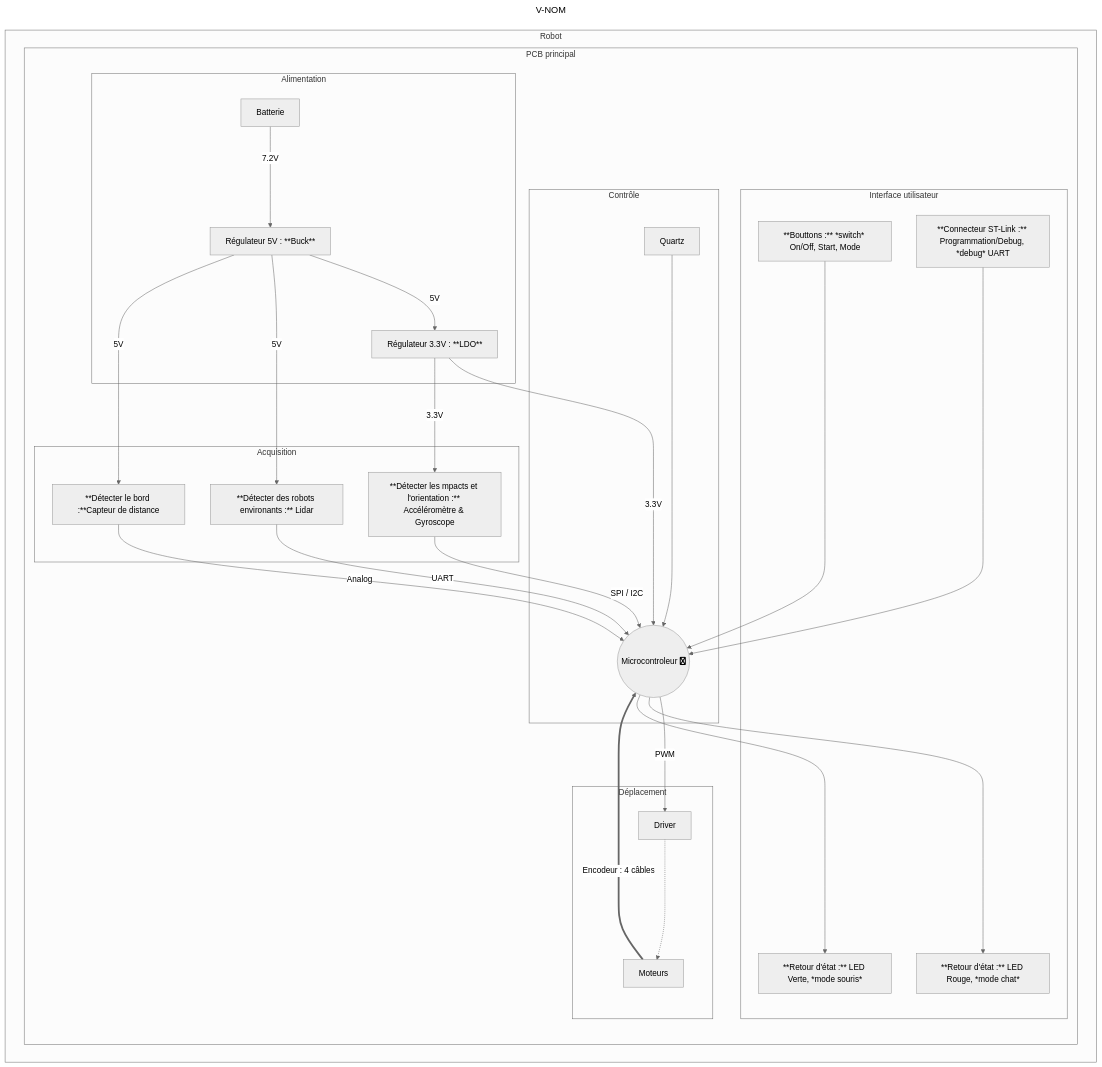
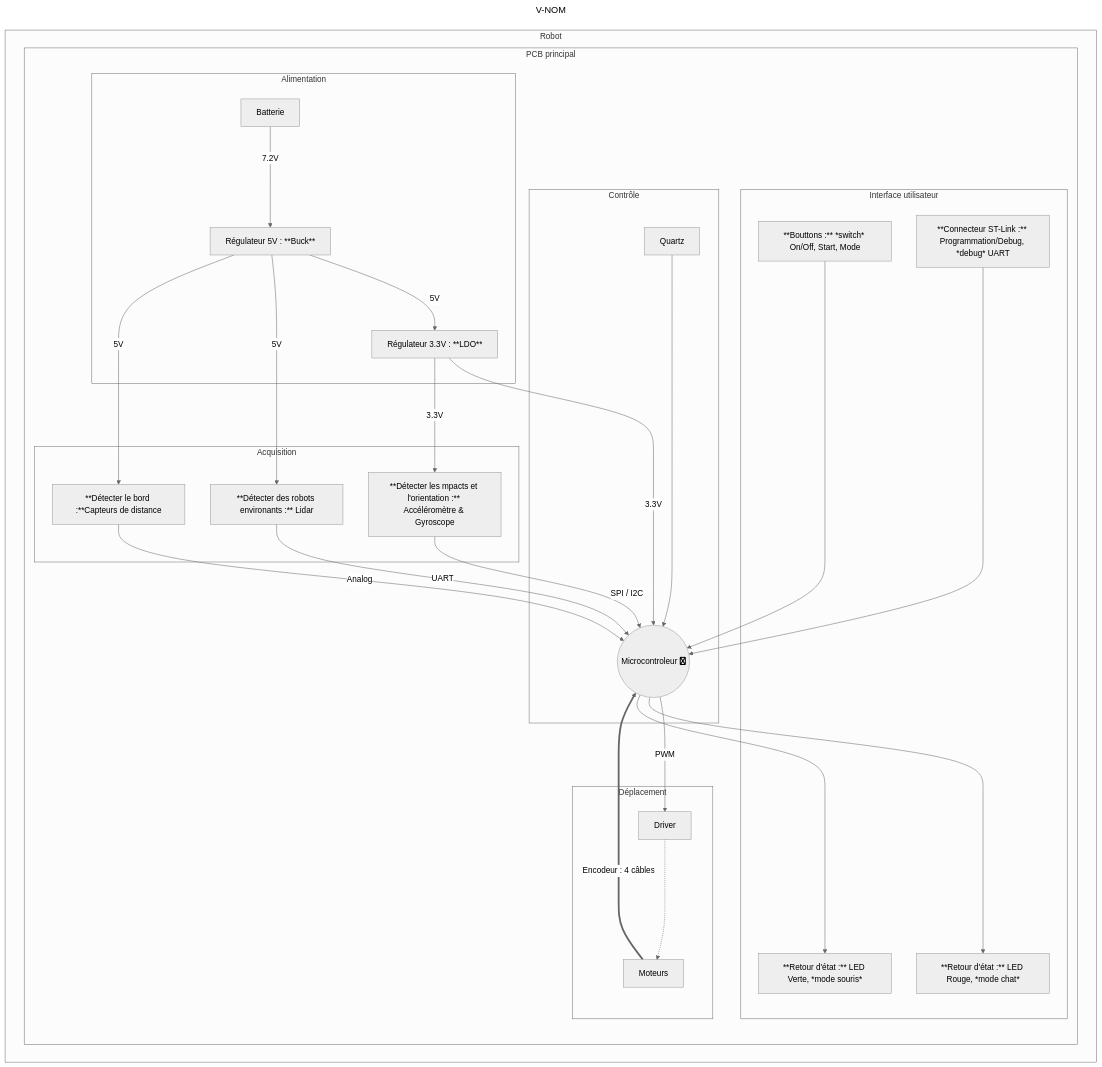
The diagram in README.md (MohamedBenabdelhadi/2425_ESE_Projet_V-NOM), drawn with Mermaid (neutral theme) before and after one commit. The commit also changed other lines of this file, not shown here.

````diff
--- a/README.md
+++ b/README.md
@@ -21,47 +21,47 @@
 ```mermaid
 ---
 title: V-NOM
 ---
 
 graph TD;
 subgraph Robot
     subgraph PCB principal
         subgraph Déplacement
             D[Driver] -..-> Mot[Moteurs];
         end
 
         subgraph Contrôle
             M(("Microcontroleur fa:fa-twitter")) -- PWM --> D;
             Q[Quartz] ----> M;
         end
 
         subgraph Interface utilisateur
             M ----> LEDR[**Retour d'état :** LED Rouge, *mode chat*]
             M ----> LEDV[**Retour d'état :** LED Verte, *mode souris*]
             Bo[**Bouttons :** *switch* On/Off, Start, Mode] ----> M;
             Con[**Connecteur ST-Link :** Programmation/Debug, *debug* UART] ----> M;
         end
 
         subgraph Acquisition
-            CD[**Détecter le bord :**Capteur de distance] -- Analog --> M;
+            CD[**Détecter le bord :**Capteurs de distance] -- Analog --> M;
             L[**Détecter des robots environants :** Lidar] -- UART --> M;
             AG[**Détecter les mpacts et l'orientation :** Accéléromètre & Gyroscope] -- SPI / I2C --> M;
         end
 
         subgraph Déplacement
             Mot == Encodeur : 4 câbles ==> M;
         end
 
         subgraph Alimentation
             Batterie -- 7.2V --> R5V[Régulateur 5V : **Buck**];
             R5V -- 5V --> R3V[Régulateur 3.3V : **LDO**];
 
             R3V -- 3.3V --> M;
             R3V -- 3.3V --> AG;
 
             R5V -- 5V --> L;
             R5V -- 5V --> CD;
         end
     end
 end
 ```
````
